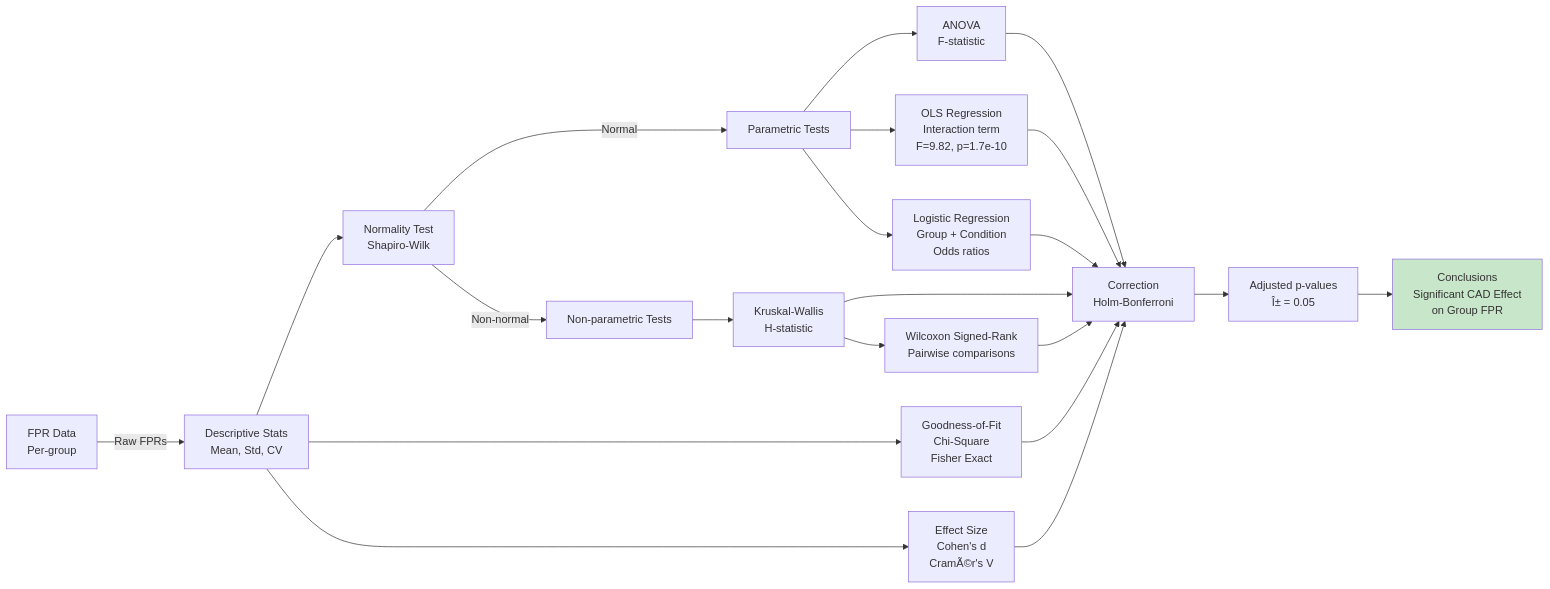
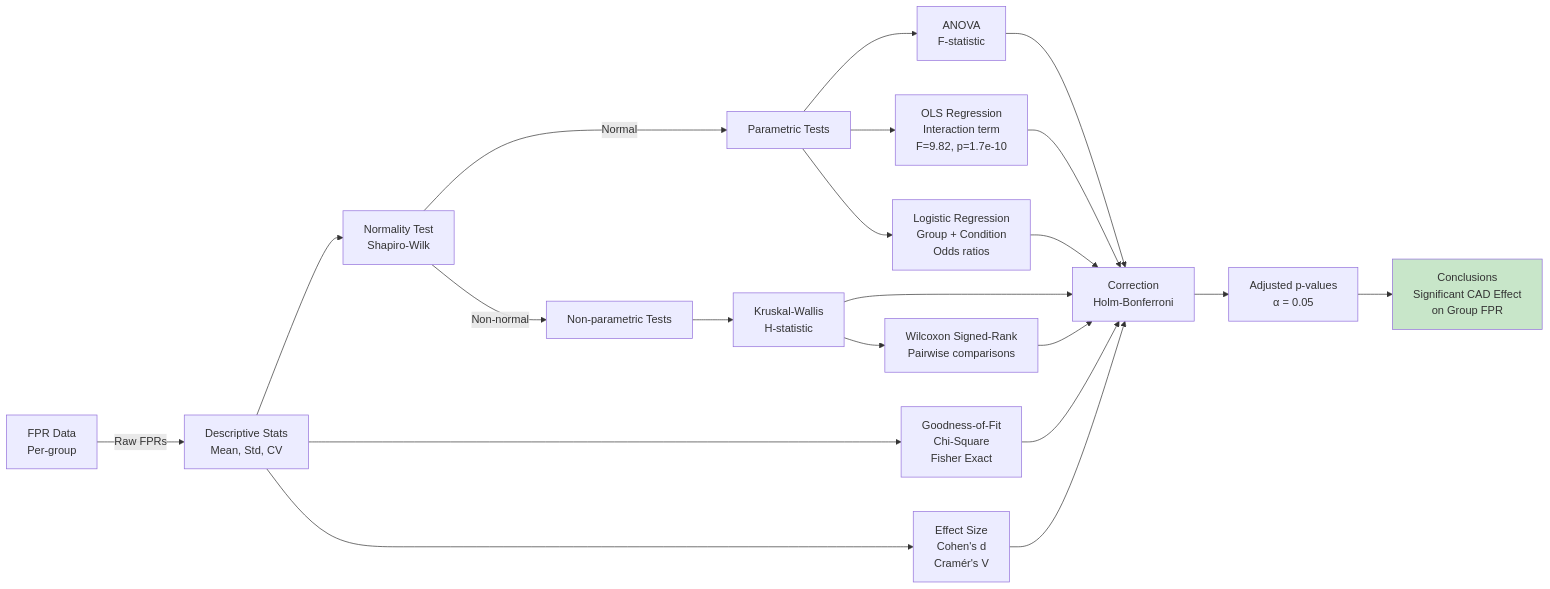
One commit to anonymous5987169-sys/COUNTER-HATE-Multimodal-Counterfactual-Augmentation-for-Bias-Aware-Hate-Speech-Detection changed the ninth of 9 diagrams in Docs/Architectures.md. Above: the diagram before and after it, drawn with Mermaid. The commit also changed other lines of this file, not shown here.

````diff
--- a/Docs/Architectures.md
+++ b/Docs/Architectures.md
@@ -358,33 +359,33 @@
 ```mermaid
 graph LR
     A["FPR Data<br/>Per-group"] -->|Raw FPRs| B["Descriptive Stats<br/>Mean, Std, CV"]
     
     B --> C["Normality Test<br/>Shapiro-Wilk"]
     
     C -->|Normal| C1["Parametric Tests"]
     C -->|Non-normal| C2["Non-parametric Tests"]
     
     C1 --> D1["ANOVA<br/>F-statistic"]
     C1 --> D2["OLS Regression<br/>Interaction term<br/>F=9.82, p=1.7e-10"]
     C1 --> D3["Logistic Regression<br/>Group + Condition<br/>Odds ratios"]
     
     C2 --> D4["Kruskal-Wallis<br/>H-statistic"]
     D4 --> D5["Wilcoxon Signed-Rank<br/>Pairwise comparisons"]
     
     B --> D6["Goodness-of-Fit<br/>Chi-Square<br/>Fisher Exact"]
-    B --> D7["Effect Size<br/>Cohen's d<br/>CramÃ©r's V"]
+    B --> D7["Effect Size<br/>Cohen's d<br/>Cramér's V"]
     
     D1 --> E["Correction<br/>Holm-Bonferroni"]
     D2 --> E
     D3 --> E
     D4 --> E
     D5 --> E
     D6 --> E
     D7 --> E
     
-    E --> F["Adjusted p-values<br/>Î± = 0.05"]
+    E --> F["Adjusted p-values<br/>α = 0.05"]
     
     F --> G["Conclusions<br/>Significant CAD Effect<br/>on Group FPR"]
     
     style G fill:#c8e6c9
 ```
````
